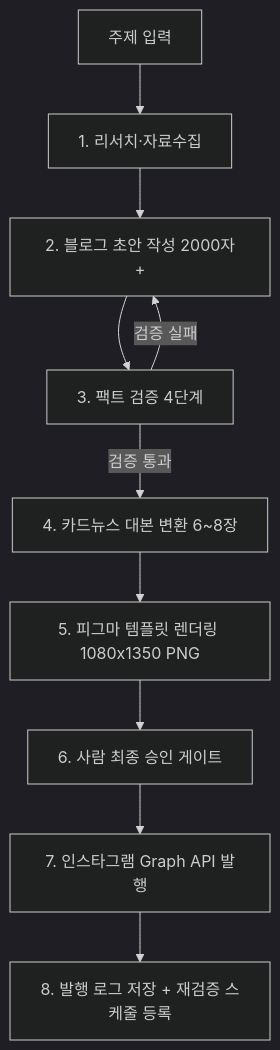
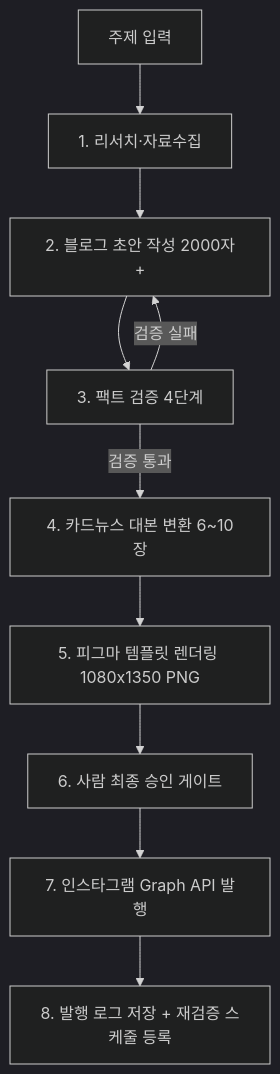
One commit to toonyoo2-spec/TEST changed the diagram in 초등교육_콘텐츠_자동화_가이드.md. Above: the diagram before and after it, drawn with Mermaid (dark theme). The commit also changed other lines of this file, not shown here.

````diff
--- a/초등교육_콘텐츠_자동화_가이드.md
+++ b/초등교육_콘텐츠_자동화_가이드.md
@@ -20,12 +20,12 @@
 ```mermaid
 flowchart TD
     A[주제 입력] --> B[1. 리서치·자료수집]
     B --> C[2. 블로그 초안 작성 2000자+]
     C --> D[3. 팩트 검증 4단계]
     D -->|검증 실패| C
-    D -->|검증 통과| E[4. 카드뉴스 대본 변환 6~8장]
+    D -->|검증 통과| E[4. 카드뉴스 대본 변환 6~10장]
     E --> F[5. 피그마 템플릿 렌더링 1080x1350 PNG]
     F --> G[6. 사람 최종 승인 게이트]
     G --> H[7. 인스타그램 Graph API 발행]
     H --> I[8. 발행 로그 저장 + 재검증 스케줄 등록]
 ```
````
